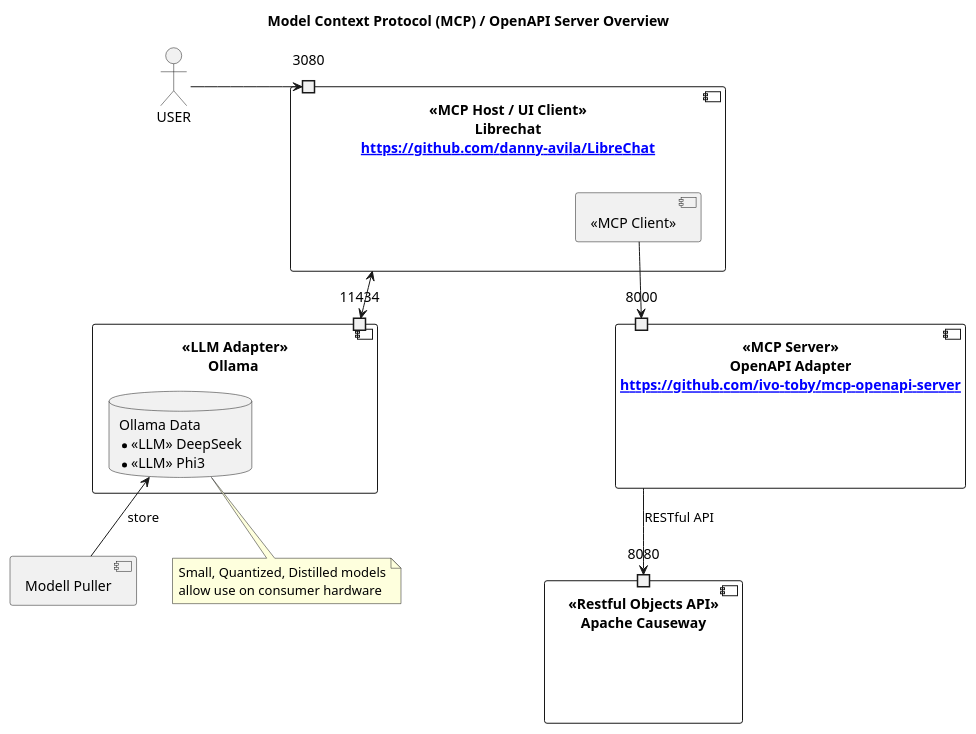
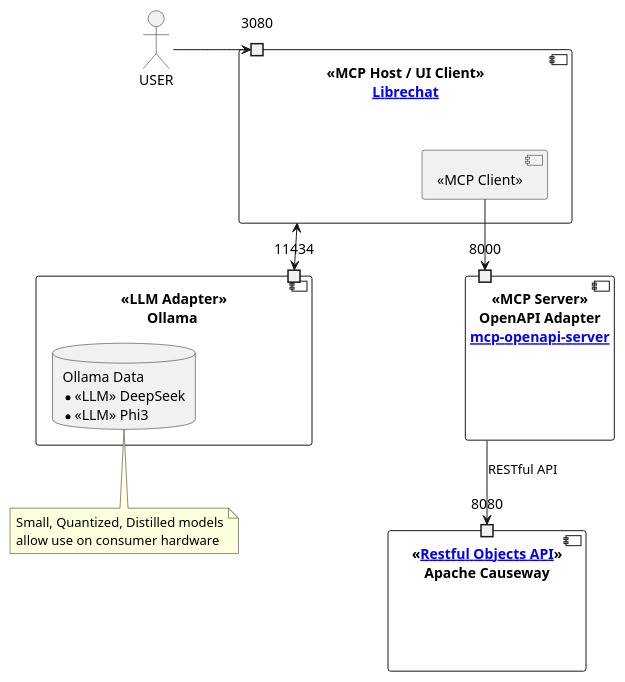
One commit to joerg-rade/chatoo changed the diagram in docs/components.puml. Above: the diagram before and after it, drawn with PlantUML. The commit also changed 9 other files, not shown here.

```diff
--- a/docs/components.puml
+++ b/docs/components.puml
@@ -1,59 +1,56 @@
 @startuml
-title Model Context Protocol (MCP) / OpenAPI Server Overview
+'title Model Context Protocol (MCP) / OpenAPI Server Overview
 
 actor USER
 
-component "<<MCP Host / UI Client>>\nLibrechat\n[[https://github.com/danny-avila/LibreChat]]" as UI {
+component "<<MCP Host / UI Client>>\n[[https://github.com/danny-avila/LibreChat Librechat]]" as UI {
     port "3080" as UIP
     component "<<MCP Client>>" as CLIENT
 }
 
 component "<<LLM Adapter>>\nOllama " as OLLAMA {
     port "11434" as OP
     database "Ollama Data\n* <<LLM>> DeepSeek\n* <<LLM>> Phi3" as LLM
 }
 
-component "<<MCP Server>>\nOpenAPI Adapter\n[[https://github.com/ivo-toby/mcp-openapi-server]]" as OAA {
+component "<<MCP Server>>\nOpenAPI Adapter\n[[https://github.com/ivo-toby/mcp-openapi-server mcp-openapi-server]]" as OAA {
     port "8000" as OAP
 }
 
-component "<<Restful Objects API>>\nApache Causeway" as RO {
+component "<<[[https://www.restfulobjects.org/spec/1.0/about.html Restful Objects API]]>>\nApache Causeway" as RO {
     port "8080" as ROP
 }
-
-component "Modell Puller" as MP
 
 OAA --> ROP : RESTful API
 UI <--> OP
 CLIENT --> OAP
 USER -> UIP
-MP -u-> LLM : store
 
 note bottom of LLM
     Small, Quantized, Distilled models
     allow use on consumer hardware
 end note
 
 /'note top of UI
 * <b>Dynamic Agent Orchestration:
     The client app uses mcp-use to connect to <b>multiple MCP servers simultaneously,
     with the ability to <b>dynamically select</b> which server to use for each task.
     This enables modular, agent-based orchestration of AI workflows.
 * <b>Flexible Server Config:
     MCP servers — either <b>local or remote</b> — can be <b>configured declaratively via JSON
     or <b>programmatically</b>, allowing adaptive deployments tailored to different
     runtime contexts or tools.
 * <b>LLM Interoperability:
     Language models (e.g. OpenAI, Ollama, DeepSeek) are accessed via standard
     <b>LangChain adapters</b>, abstracting away vendor-specific logic and enabling seamless
     switching or combination of models.
 * <b>Tool Access Control:
     Agents can be granted selective access to tools (e.g. files, APIs, memory) via centralized
     configuration in mcp-use, ensuring intentional permissioning and reduced risk of unintended
     tool invocation.
 * <b>Hosted & Web Integration:
     mcp-use is designed to operate in <b>headless, hosted, or browser-based environments,
     supporting both <b>local dev</b> and <b>production deployments.
 end note
 
 @enduml
```
